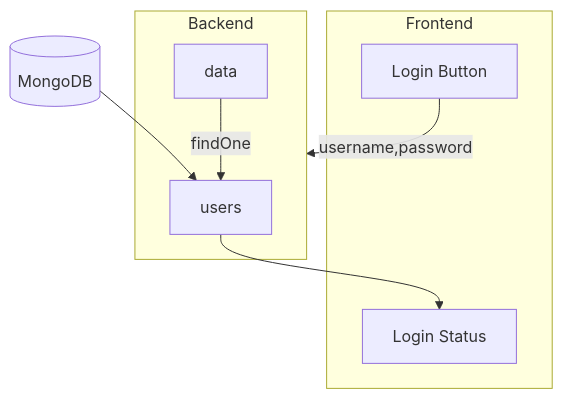
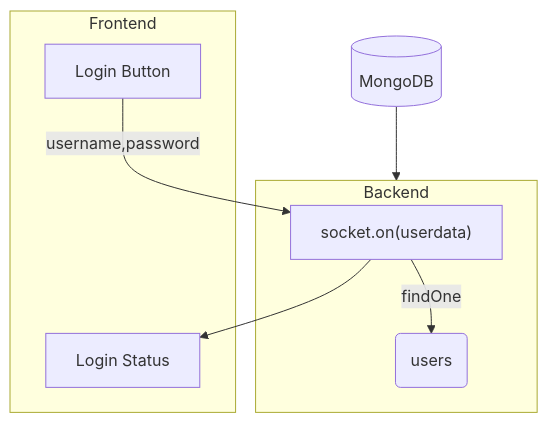
One commit to arpittyagi102/LinkUp changed the diagram in docs/loginpage.md. Above: the diagram before and after it, drawn with Mermaid. The commit also changed other lines of this file and 2 other files, not shown here.

````diff
--- a/docs/loginpage.md
+++ b/docs/loginpage.md
@@ -6,15 +47,16 @@
 ```mermaid
     flowchart TD
-        A -- username,password --> Backend
-        DB --> users
-        users --> T
+        A -- username,password --> SB
+        SB --> T
+        DB --> Backend
         subgraph Frontend
             A["Login Button"]
             T["Login Status"]
         end
         subgraph Backend
-            B["data"]
-            B -- findOne --> users
+            SB["socket.on(userdata)"]
+            SB -- findOne --> B
+            B("users")
         end
         DB[("MongoDB")]
 ```
````
